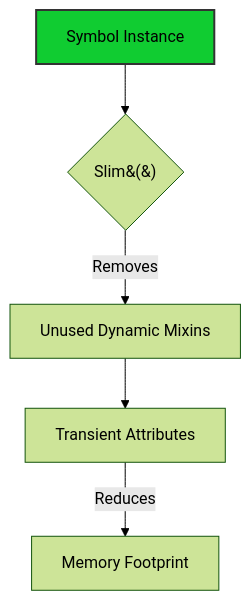
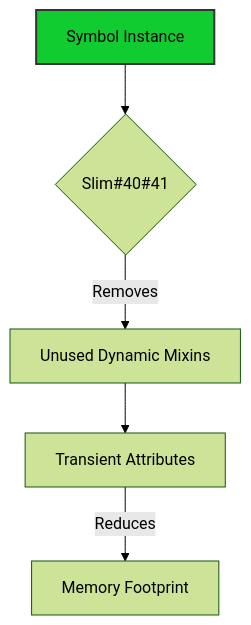
One commit to ikko/sym changed the second of 5 diagrams in docs/readme_details/6_memory_aware_maturing/index.md. Above: the diagram before and after it, drawn with Mermaid (forest theme). The commit also changed other lines of this file and 38 other files, not shown here.

Commit message:
mermaids maybe fixed

````diff
--- a/docs/readme_details/6_memory_aware_maturing/index.md
+++ b/docs/readme_details/6_memory_aware_maturing/index.md
@@ -24,11 +24,11 @@
     ```mermaid
 graph TD
-        A[Symbol Instance] --> B{Slim&#40;&#41;};
+        A[Symbol Instance] --> B{Slim#40#41};
         B -- "Removes" --> C[Unused Dynamic Mixins];
         C --> D[Transient Attributes];
         D -- "Reduces" --> E[Memory Footprint];
 
     style A fill:#10cc31,stroke:#333,stroke-width:2px,color:#000000;
 
     style A fill:#10cc31,stroke:#333,stroke-width:2px,color:#000000;
 ```
````
